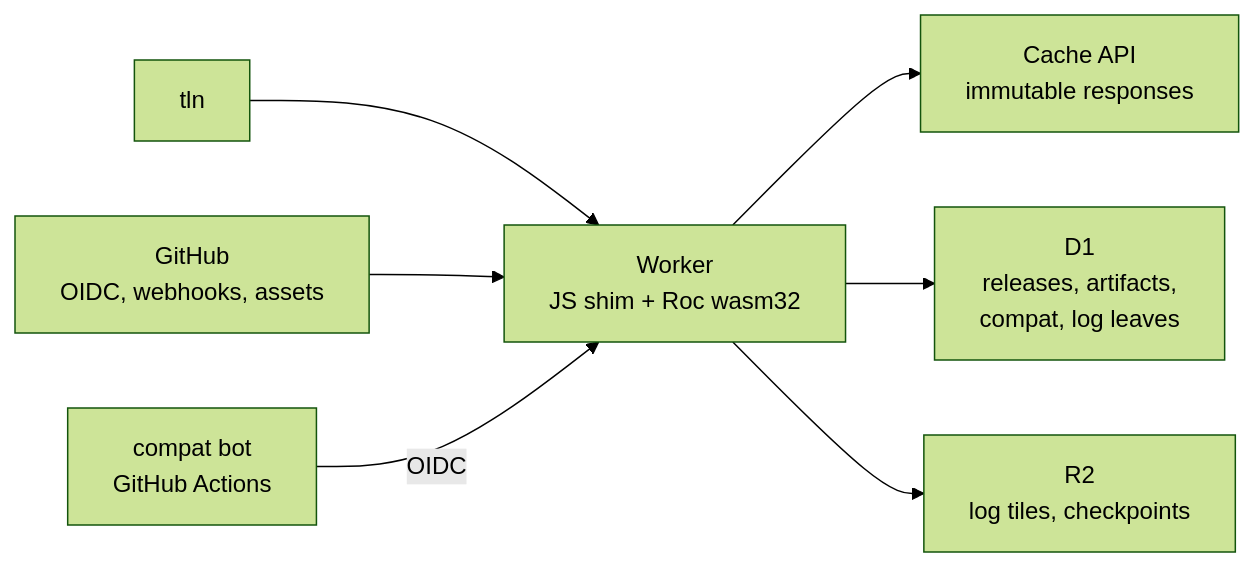
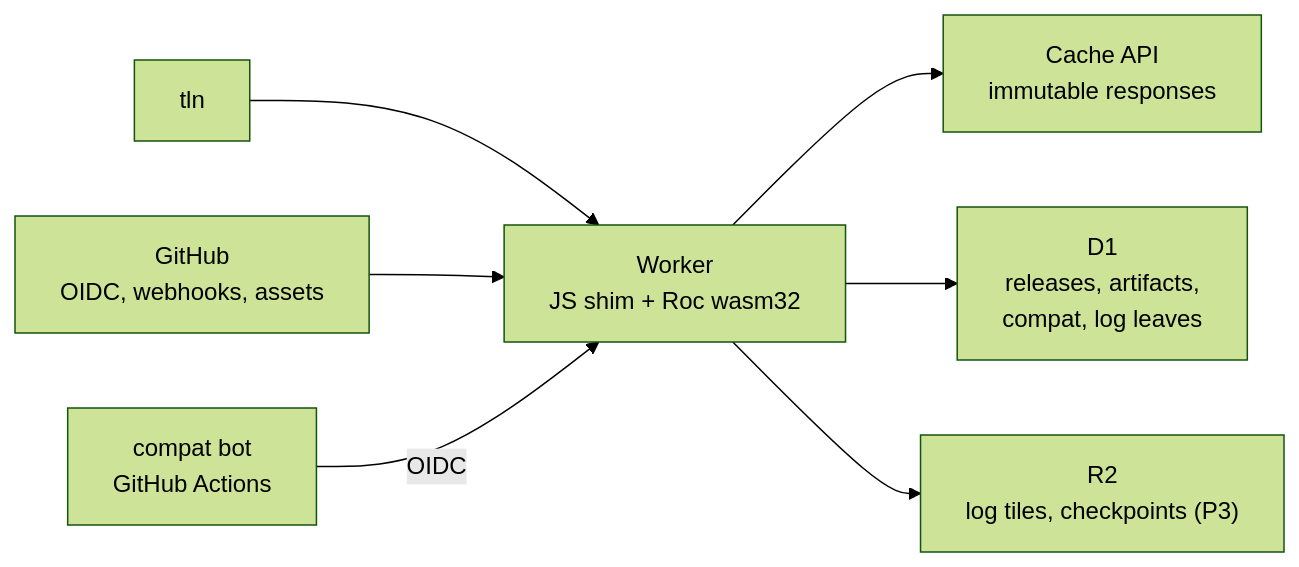
The first of 4 diagrams in DESIGN-REGISTRY.md (roc-talon/talon), drawn with Mermaid (forest theme) before and after one commit. The commit also changed other lines of this file and 16900 other files, not shown here.

````diff
--- a/DESIGN-REGISTRY.md
+++ b/DESIGN-REGISTRY.md
@@ -18,9 +18,9 @@
 ```mermaid
 flowchart LR
     CLI["tln"] --> W["Worker<br/>JS shim + Roc wasm32"]
     W --> CA["Cache API<br/>immutable responses"]
     W --> D1["D1<br/>releases, artifacts,<br/>compat, log leaves"]
-    W --> R2["R2<br/>log tiles, checkpoints"]
+    W --> R2["R2<br/>log tiles, checkpoints (P3)"]
     GH["GitHub<br/>OIDC, webhooks, assets"] --> W
     BOT["compat bot<br/>GitHub Actions"] -->|OIDC| W
 ```
````
